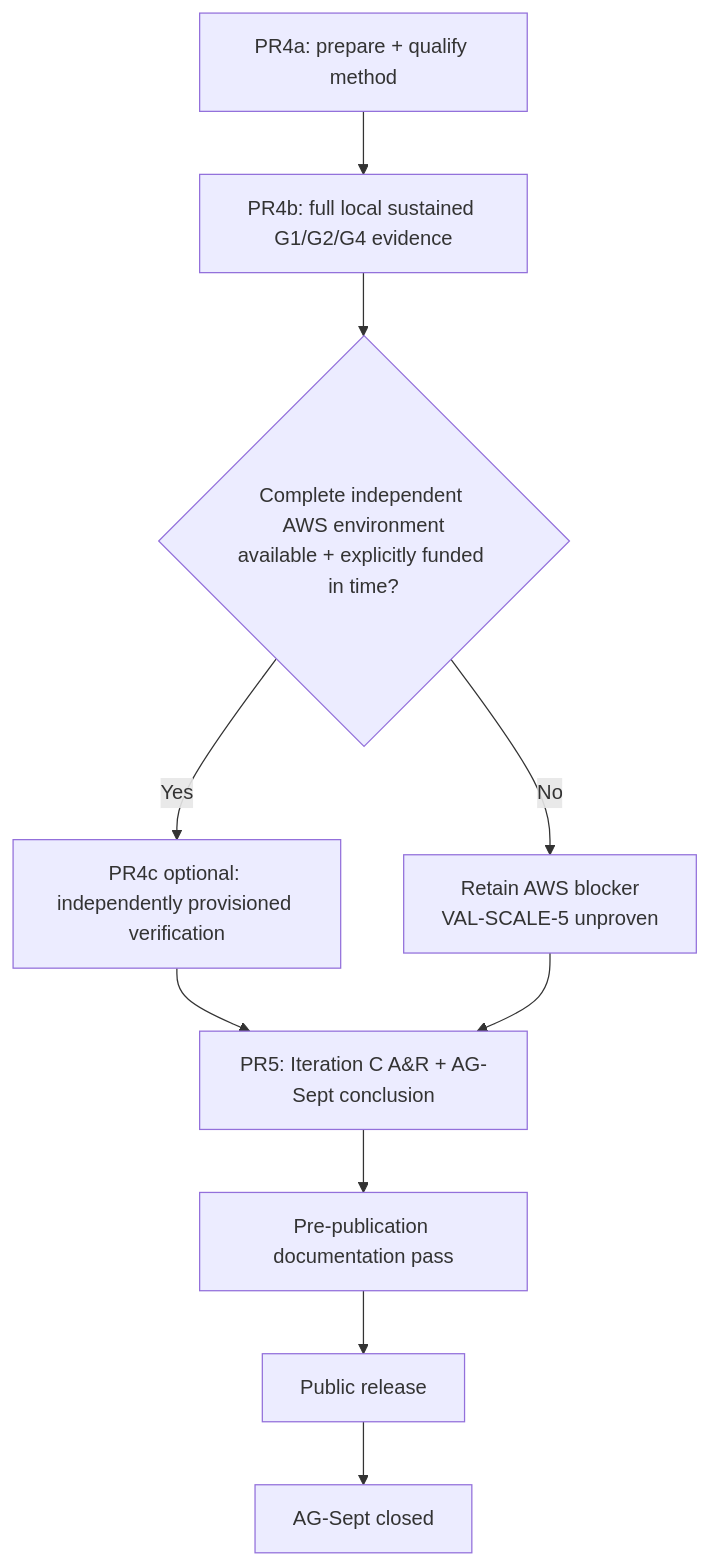
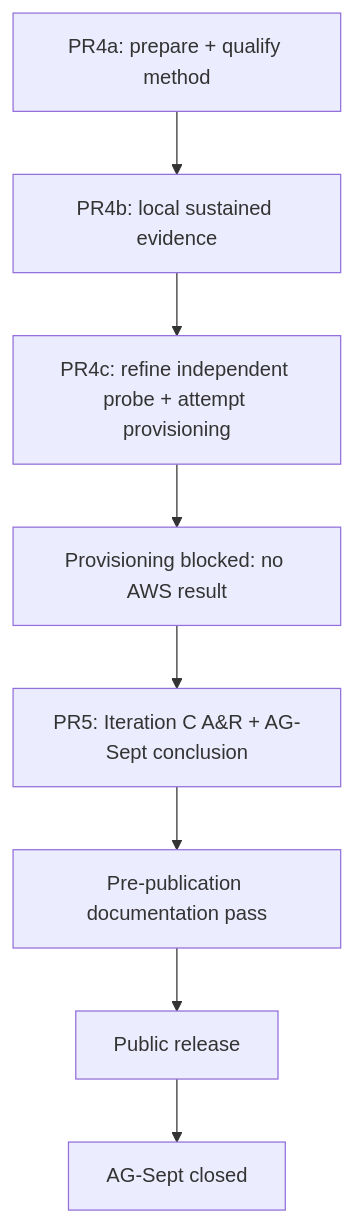
The diagram in docs/planning/ag-sept-plan.md (nancysworld/alloca-go), drawn with Mermaid before and after one commit. The commit also changed other lines of this file and 14 other files, not shown here.

First line of the commit message:
AG-Sept PR4c: AWS independent-capacity probe — deferred by quota (#21)

````diff
--- a/docs/planning/ag-sept-plan.md
+++ b/docs/planning/ag-sept-plan.md
@@ -513,12 +397,10 @@
 ```mermaid
 flowchart TD
-    A[PR4a: prepare + qualify method] --> B[PR4b: full local sustained G1/G2/G4 evidence]
-    B --> C{Complete independent AWS environment<br/>available + explicitly funded in time?}
-    C -->|Yes| D[PR4c optional: independently provisioned verification]
-    C -->|No| E[Retain AWS blocker<br/>VAL-SCALE-5 unproven]
-    D --> F[PR5: Iteration C A&R + AG-Sept conclusion]
-    E --> F
-    F --> G[Pre-publication documentation pass]
-    G --> H[Public release]
-    H --> I[AG-Sept closed]
+    A[PR4a: prepare + qualify method] --> B[PR4b: local sustained evidence]
+    B --> C[PR4c: refine independent probe + attempt provisioning]
+    C --> D[Provisioning blocked: no AWS result]
+    D --> E[PR5: Iteration C A&R + AG-Sept conclusion]
+    E --> F[Pre-publication documentation pass]
+    F --> G[Public release]
+    G --> H[AG-Sept closed]
 ```
````
